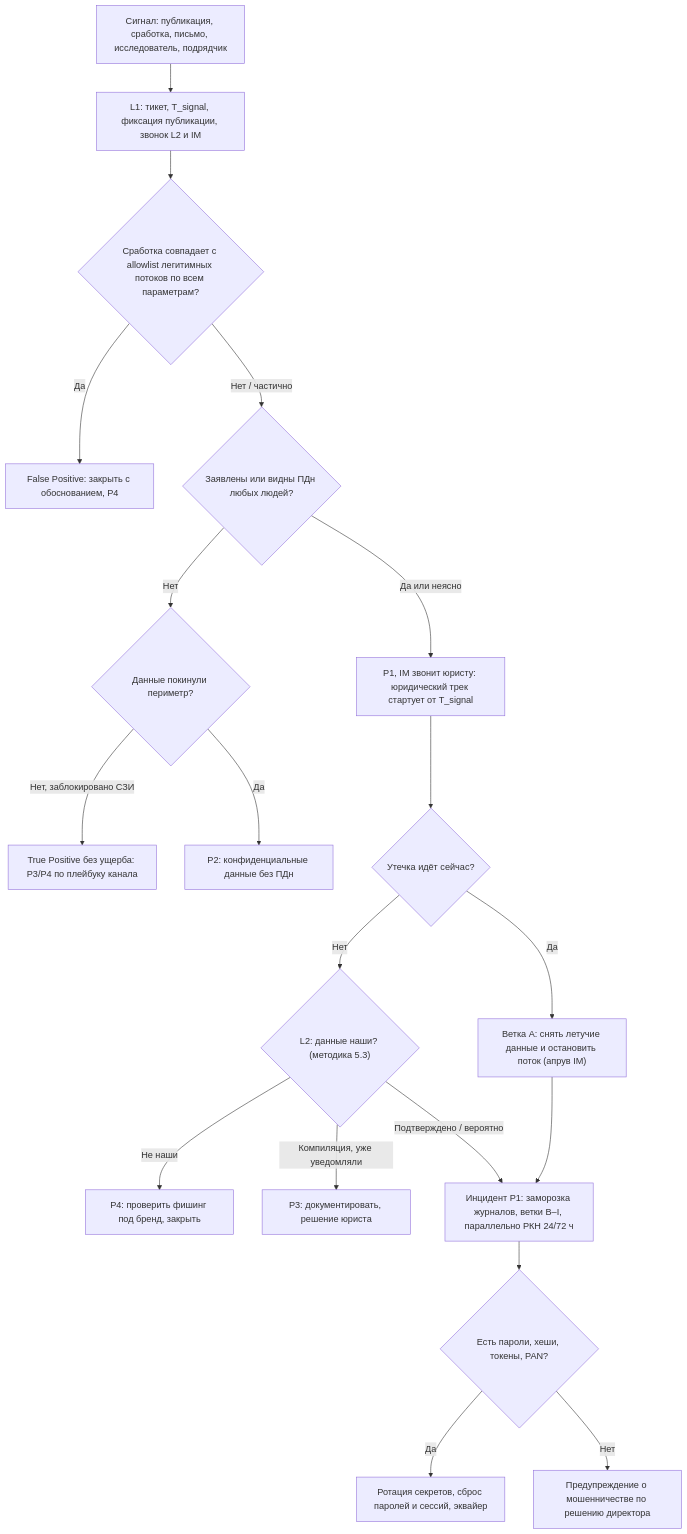
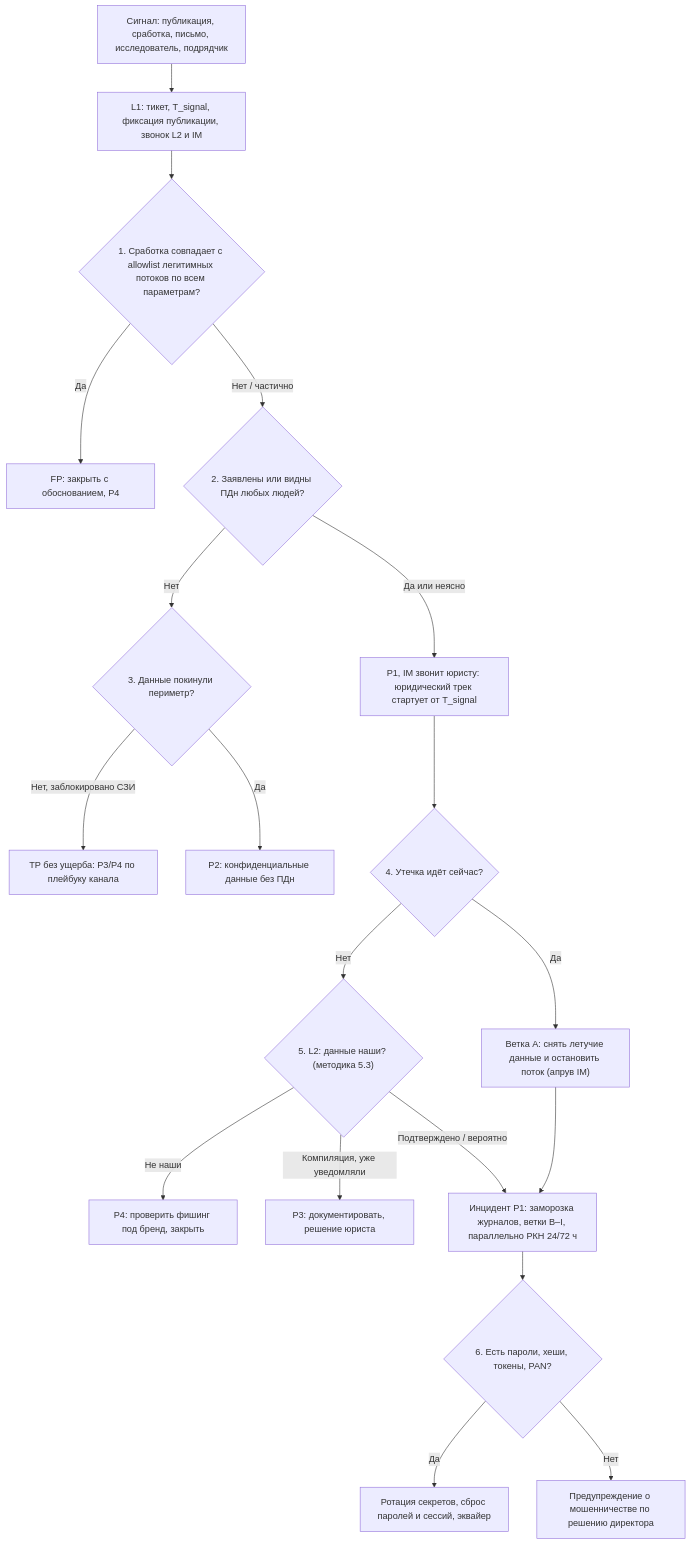
Before and after one commit to vehpbkrby/security-playbook: the diagram in playbooks/PB-05-data-leak.md, drawn with Mermaid. The commit also changed other lines of this file and 13 other files, not shown here.

````diff
--- a/playbooks/PB-05-data-leak.md
+++ b/playbooks/PB-05-data-leak.md
@@ -241,21 +183,21 @@
 ```mermaid
 flowchart TD
     S["Сигнал: публикация, сработка, письмо, исследователь, подрядчик"] --> L1["L1: тикет, T_signal, фиксация публикации, звонок L2 и IM"]
-    L1 --> Q0{"Сработка совпадает с allowlist легитимных потоков по всем параметрам?"}
-    Q0 -- "Да" --> FP["False Positive: закрыть с обоснованием, P4"]
-    Q0 -- "Нет / частично" --> Q1{"Заявлены или видны ПДн любых людей?"}
+    L1 --> Q0{"1. Сработка совпадает с allowlist легитимных потоков по всем параметрам?"}
+    Q0 -- "Да" --> FP["FP: закрыть с обоснованием, P4"]
+    Q0 -- "Нет / частично" --> Q1{"2. Заявлены или видны ПДн любых людей?"}
     Q1 -- "Да или неясно" --> P1["P1, IM звонит юристу: юридический трек стартует от T_signal"]
-    Q1 -- "Нет" --> Q1b{"Данные покинули периметр?"}
-    Q1b -- "Нет, заблокировано СЗИ" --> TPn["True Positive без ущерба: P3/P4 по плейбуку канала"]
+    Q1 -- "Нет" --> Q1b{"3. Данные покинули периметр?"}
+    Q1b -- "Нет, заблокировано СЗИ" --> TPn["TP без ущерба: P3/P4 по плейбуку канала"]
     Q1b -- "Да" --> P2["P2: конфиденциальные данные без ПДн"]
-    P1 --> Q2{"Утечка идёт сейчас?"}
+    P1 --> Q2{"4. Утечка идёт сейчас?"}
     Q2 -- "Да" --> A["Ветка A: снять летучие данные и остановить поток (апрув IM)"]
-    Q2 -- "Нет" --> Q3{"L2: данные наши? (методика 5.3)"}
+    Q2 -- "Нет" --> Q3{"5. L2: данные наши? (методика 5.3)"}
     Q3 -- "Не наши" --> P4["P4: проверить фишинг под бренд, закрыть"]
     Q3 -- "Компиляция, уже уведомляли" --> P3["P3: документировать, решение юриста"]
     Q3 -- "Подтверждено / вероятно" --> INC["Инцидент P1: заморозка журналов, ветки B–I, параллельно РКН 24/72 ч"]
     A --> INC
-    INC --> SEC{"Есть пароли, хеши, токены, PAN?"}
+    INC --> SEC{"6. Есть пароли, хеши, токены, PAN?"}
     SEC -- "Да" --> HARM["Ротация секретов, сброс паролей и сессий, эквайер"]
     SEC -- "Нет" --> COMM["Предупреждение о мошенничестве по решению директора"]
 ```
````
